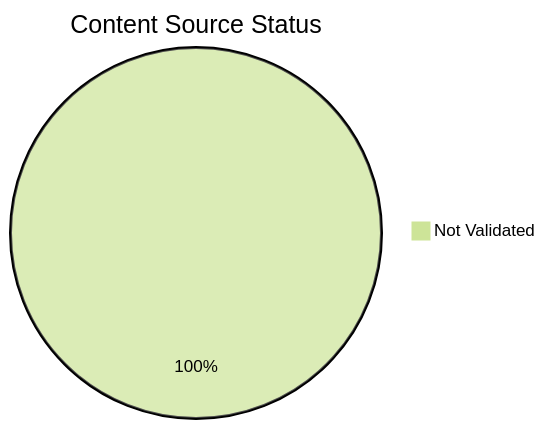
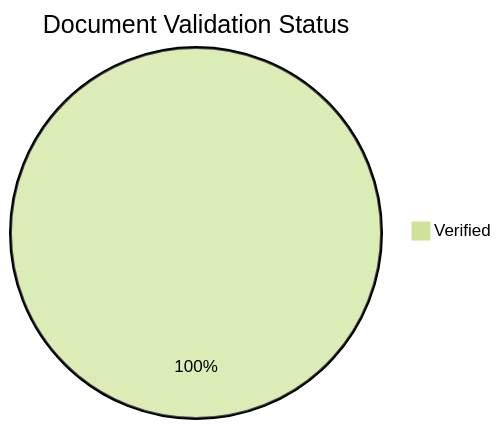
The diagram in docs/reference/content-validation-status.md (yeongseon/azure-app-service-practical-guide), drawn with Mermaid (forest theme) before and after one commit. The commit also changed other lines of this file and 146 other files, not shown here.

````diff
--- a/docs/reference/content-validation-status.md
+++ b/docs/reference/content-validation-status.md
@@ -40,4 +23,4 @@
 ```mermaid
-pie title Content Source Status
-    "Not Validated" : 66
+pie title Document Validation Status
+    "Verified" : 82
 ```
````
